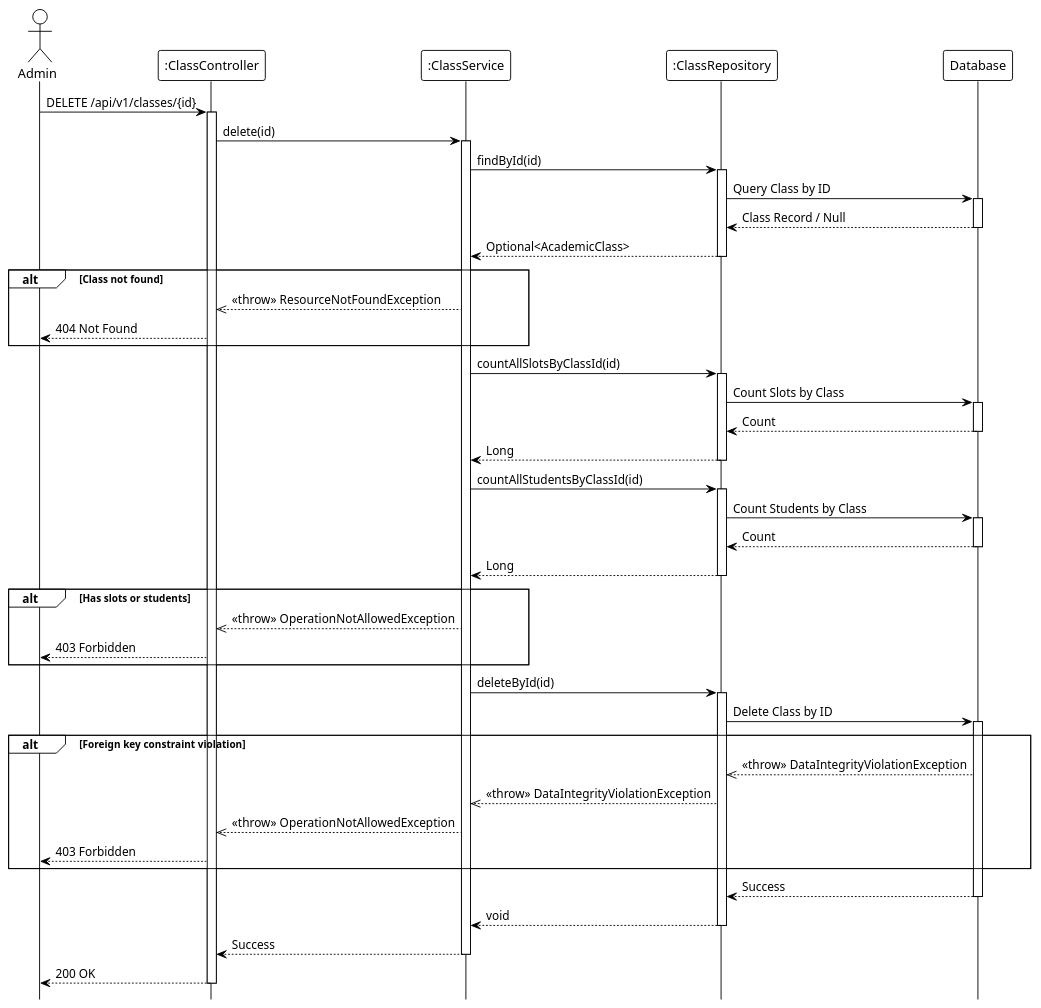
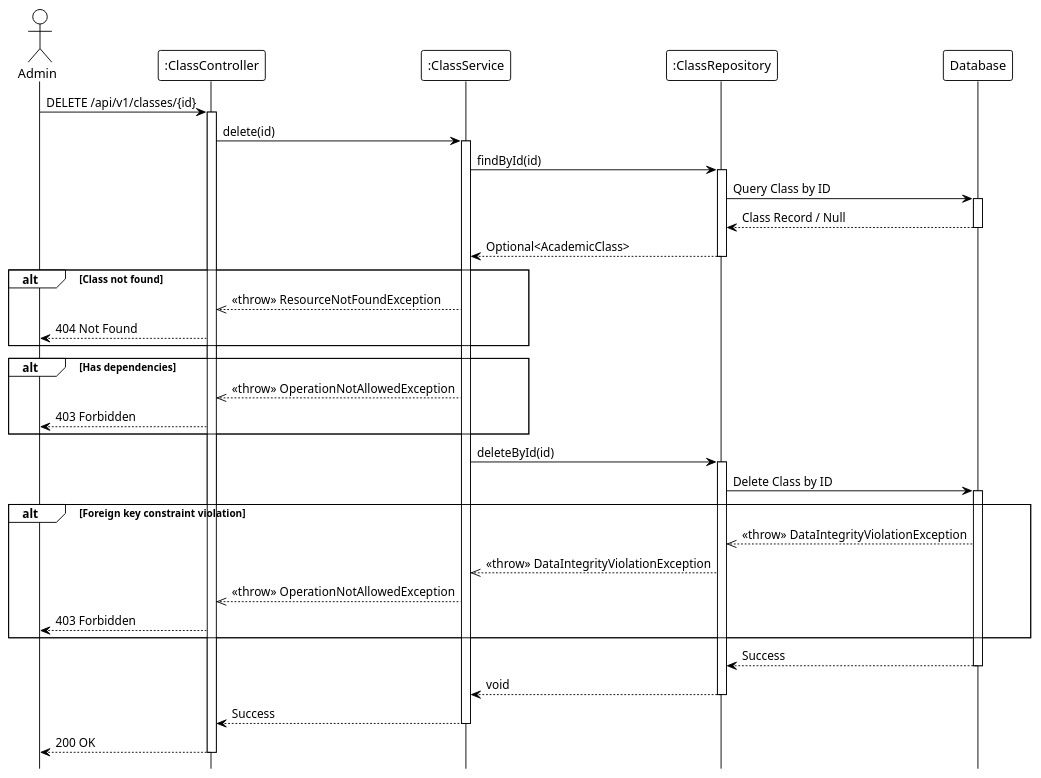
Before and after one commit to Ndh474/context: the diagram in system_detailed_design/27_delete_class/sequence_diagram_delete_class.puml, drawn with PlantUML. The commit also changed 17 other files, not shown here.

```diff
--- a/system_detailed_design/27_delete_class/sequence_diagram_delete_class.puml
+++ b/system_detailed_design/27_delete_class/sequence_diagram_delete_class.puml
@@ -1,90 +1,67 @@
 @startuml delete_class
 !theme plain
 hide footbox
 
 actor Admin
 participant ":ClassController" as Controller
 participant ":ClassService" as Service
 participant ":ClassRepository" as Repository
 participant "Database" as DB
 
 ' --- MAIN FLOW ---
 Admin -> Controller: DELETE /api/v1/classes/{id}
 activate Controller
 
 Controller -> Service: delete(id)
 activate Service
 
 ' --- FIND EXISTING ---
 Service -> Repository: findById(id)
 activate Repository
 
 Repository -> DB: Query Class by ID
 activate DB
 DB --> Repository: Class Record / Null
 deactivate DB
 
 Repository --> Service: Optional<AcademicClass>
 deactivate Repository
 
 alt Class not found
     Service -->> Controller: <<throw>> ResourceNotFoundException
     Controller --> Admin: 404 Not Found
 end
 
-' --- CHECK SLOTS ---
-Service -> Repository: countAllSlotsByClassId(id)
-activate Repository
+' Validation logic (internal: check slots/students count)
 
-Repository -> DB: Count Slots by Class
-activate DB
-DB --> Repository: Count
-deactivate DB
-
-Repository --> Service: Long
-deactivate Repository
-
-' --- CHECK STUDENTS ---
-Service -> Repository: countAllStudentsByClassId(id)
-activate Repository
-
-Repository -> DB: Count Students by Class
-activate DB
-DB --> Repository: Count
-deactivate DB
-
-Repository --> Service: Long
-deactivate Repository
-
-alt Has slots or students
+alt Has dependencies
     Service -->> Controller: <<throw>> OperationNotAllowedException
     Controller --> Admin: 403 Forbidden
 end
 
-' --- DELETE OPERATION ---
 Service -> Repository: deleteById(id)
 activate Repository
 
 Repository -> DB: Delete Class by ID
 activate DB
 
 alt Foreign key constraint violation
     DB -->> Repository: <<throw>> DataIntegrityViolationException
     Repository -->> Service: <<throw>> DataIntegrityViolationException
     Service -->> Controller: <<throw>> OperationNotAllowedException
     Controller --> Admin: 403 Forbidden
 end
 
 DB --> Repository: Success
 deactivate DB
 
 Repository --> Service: void
 deactivate Repository
 
 Service --> Controller: Success
 deactivate Service
 
 Controller --> Admin: 200 OK
 deactivate Controller
 
 @enduml
```
